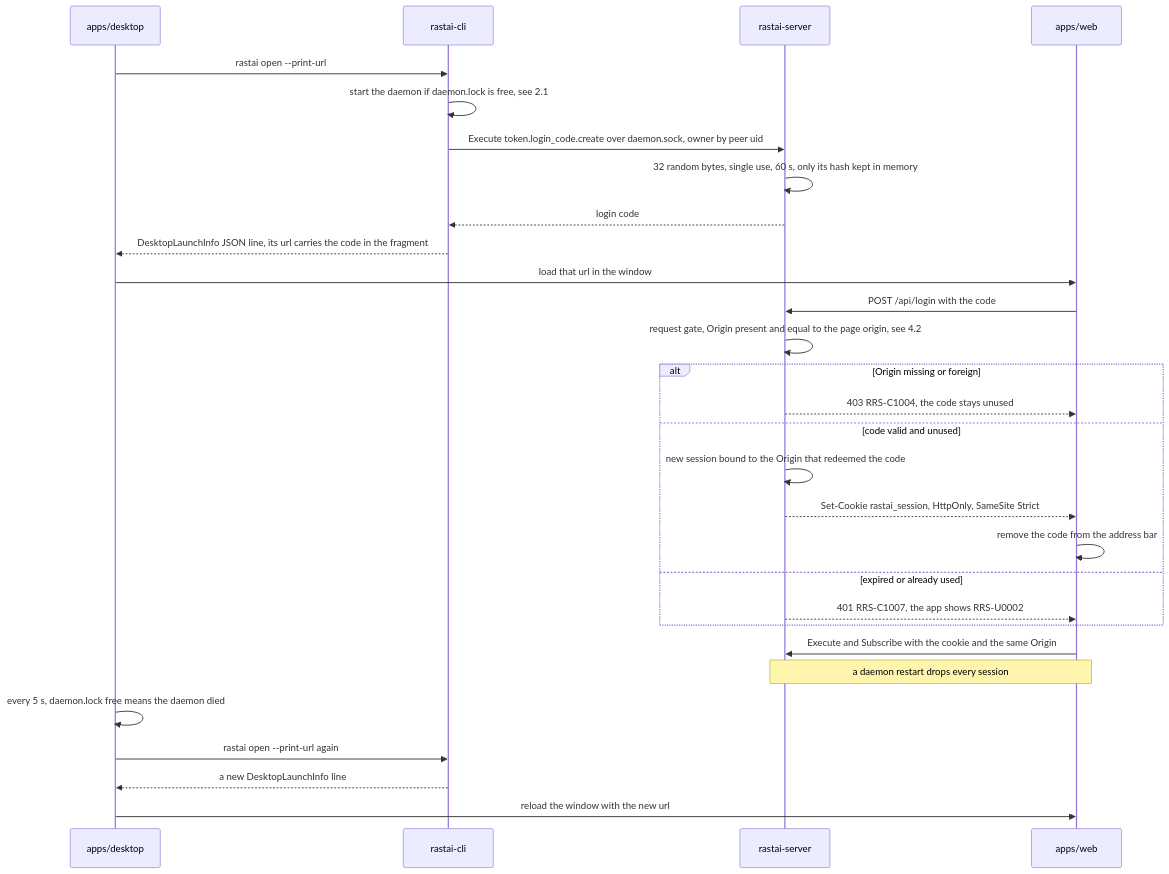
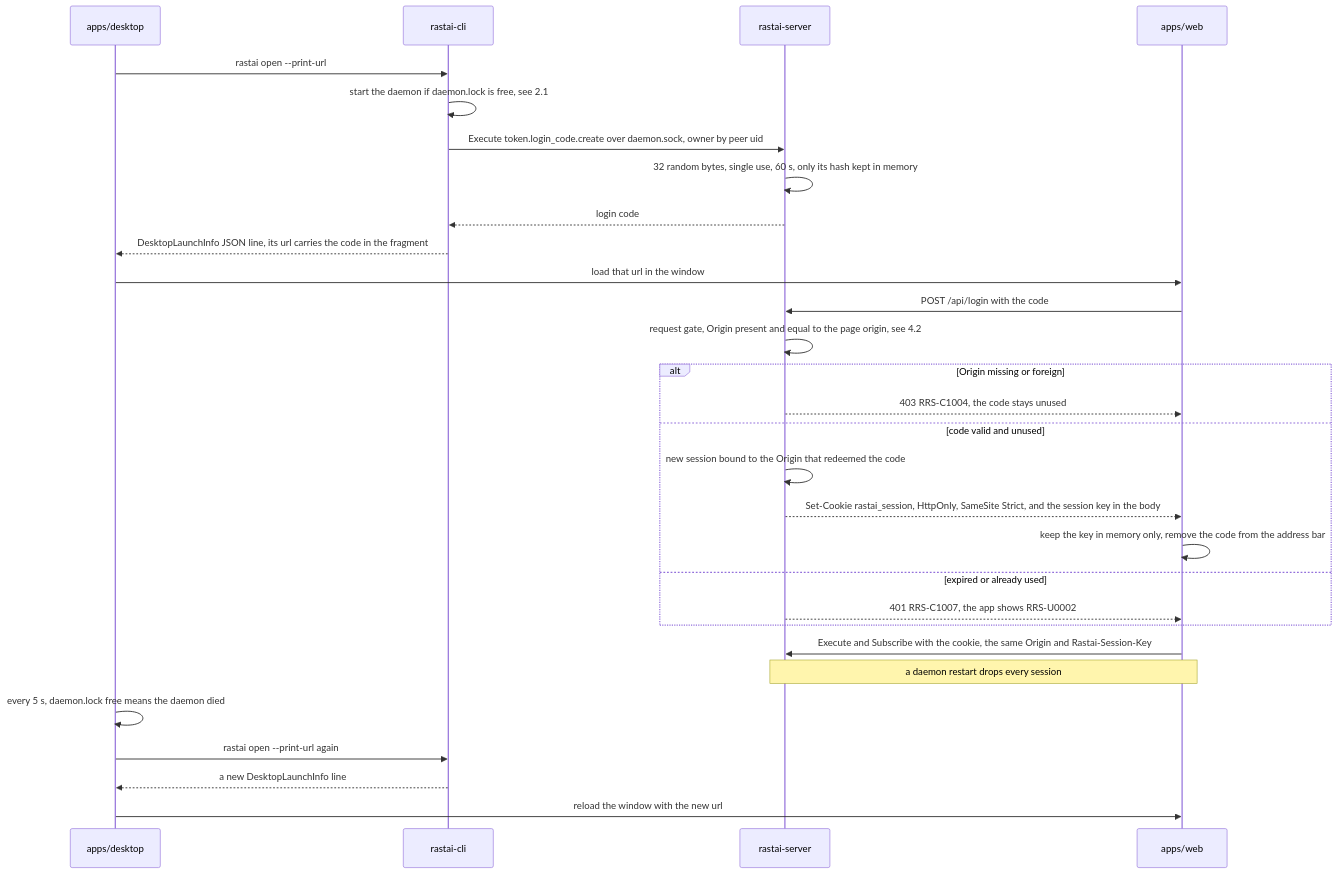
Diagram 16 of 55 in docs/architecture/flows/platform.md (Snubiss/RASTAI-Research-Studio), drawn with Mermaid before and after one commit. The commit also changed other lines of this file and 5 other files, not shown here.

````diff
--- a/docs/architecture/flows/platform.md
+++ b/docs/architecture/flows/platform.md
@@ -768,31 +768,31 @@
 ```mermaid
 sequenceDiagram
   participant SH as apps/desktop
   participant CLI as rastai-cli
   participant SRV as rastai-server
   participant WEB as apps/web
   SH->>CLI: rastai open --print-url
   CLI->>CLI: start the daemon if daemon.lock is free, see 2.1
   CLI->>SRV: Execute token.login_code.create over daemon.sock, owner by peer uid
   SRV->>SRV: 32 random bytes, single use, 60 s, only its hash kept in memory
   SRV-->>CLI: login code
   CLI-->>SH: DesktopLaunchInfo JSON line, its url carries the code in the fragment
   SH->>WEB: load that url in the window
   WEB->>SRV: POST /api/login with the code
   SRV->>SRV: request gate, Origin present and equal to the page origin, see 4.2
   alt Origin missing or foreign
     SRV-->>WEB: 403 RRS-C1004, the code stays unused
   else code valid and unused
     SRV->>SRV: new session bound to the Origin that redeemed the code
-    SRV-->>WEB: Set-Cookie rastai_session, HttpOnly, SameSite Strict
-    WEB->>WEB: remove the code from the address bar
+    SRV-->>WEB: Set-Cookie rastai_session, HttpOnly, SameSite Strict, and the session key in the body
+    WEB->>WEB: keep the key in memory only, remove the code from the address bar
   else expired or already used
     SRV-->>WEB: 401 RRS-C1007, the app shows RRS-U0002
   end
-  WEB->>SRV: Execute and Subscribe with the cookie and the same Origin
+  WEB->>SRV: Execute and Subscribe with the cookie, the same Origin and Rastai-Session-Key
   Note over SRV,WEB: a daemon restart drops every session
   SH->>SH: every 5 s, daemon.lock free means the daemon died
   SH->>CLI: rastai open --print-url again
   CLI-->>SH: a new DesktopLaunchInfo line
   SH->>WEB: reload the window with the new url
 ```
````
